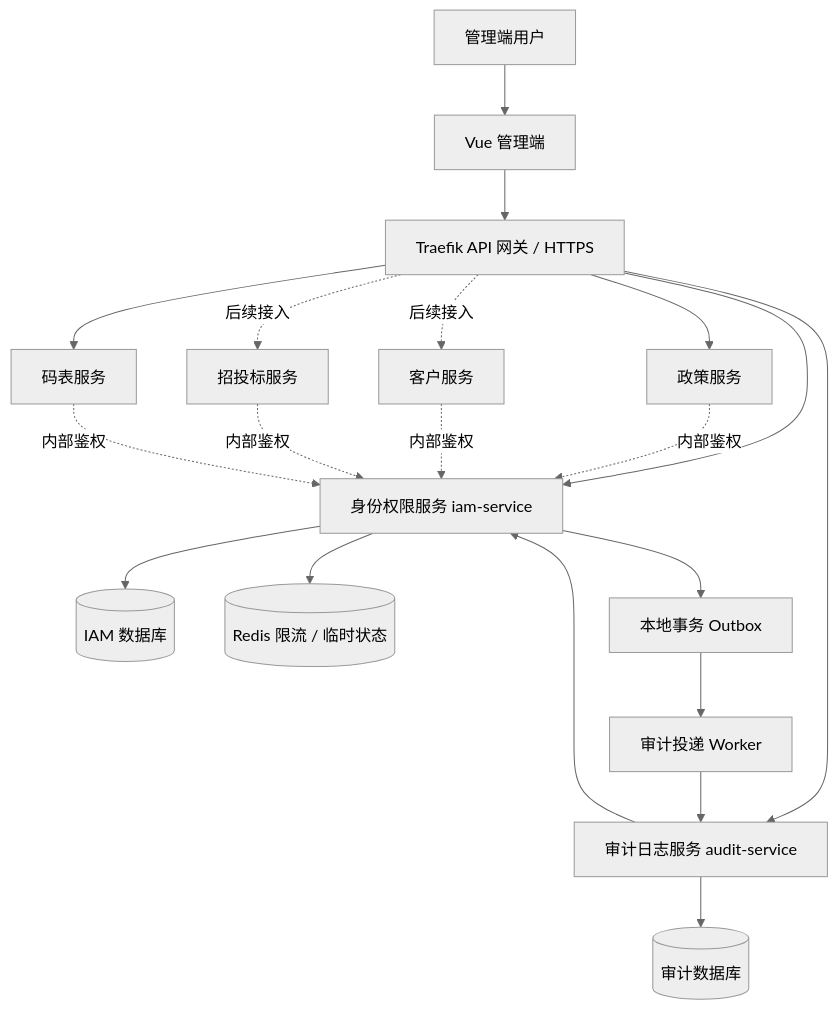
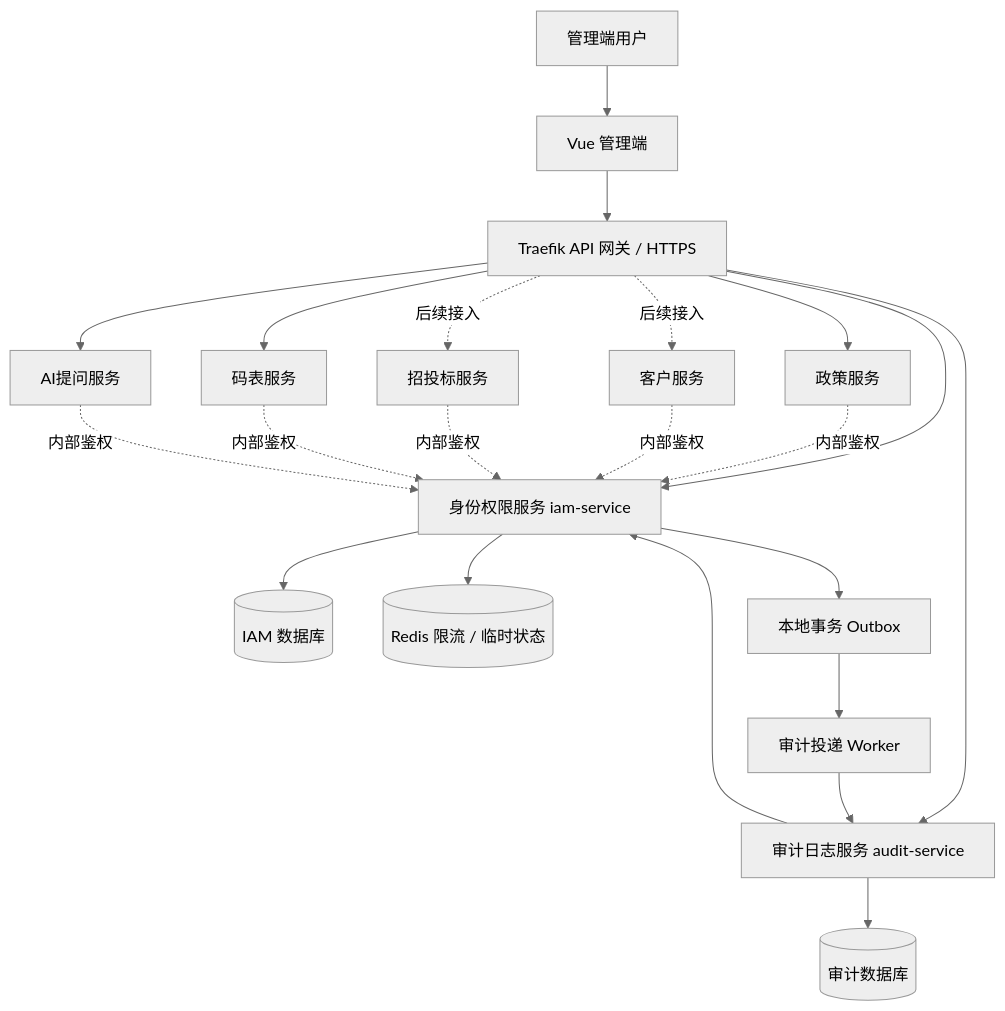
The diagram in docs/design/业务数据运营平台公共基础框架设计.md (liuxingping138/tx-zhongtai), drawn with Mermaid (neutral theme) before and after one commit. The commit also changed other lines of this file and 11 other files, not shown here.

````diff
--- a/docs/design/业务数据运营平台公共基础框架设计.md
+++ b/docs/design/业务数据运营平台公共基础框架设计.md
@@ -37,22 +37,24 @@
 ```mermaid
 flowchart TB
     U[管理端用户] --> WEB[Vue 管理端]
     WEB --> GW[Traefik API 网关 / HTTPS]
     GW --> IAM[身份权限服务 iam-service]
     GW --> AUDIT[审计日志服务 audit-service]
     GW --> POLICY[政策服务]
     GW -. 后续接入 .-> CUSTOMER[客户服务]
     GW -. 后续接入 .-> TENDER[招投标服务]
     GW --> CODEBOOK[码表服务]
+    GW --> AI[AI提问服务]
     IAM --> IDB[(IAM 数据库)]
     AUDIT --> ADB[(审计数据库)]
     IAM --> REDIS[(Redis 限流 / 临时状态)]
     IAM --> OUTBOX[本地事务 Outbox]
     OUTBOX --> WORKER[审计投递 Worker]
     WORKER --> AUDIT
     POLICY -. 内部鉴权 .-> IAM
     CUSTOMER -. 内部鉴权 .-> IAM
     TENDER -. 内部鉴权 .-> IAM
     CODEBOOK -. 内部鉴权 .-> IAM
+    AI -. 内部鉴权 .-> IAM
     AUDIT --> IAM
 ```
````
